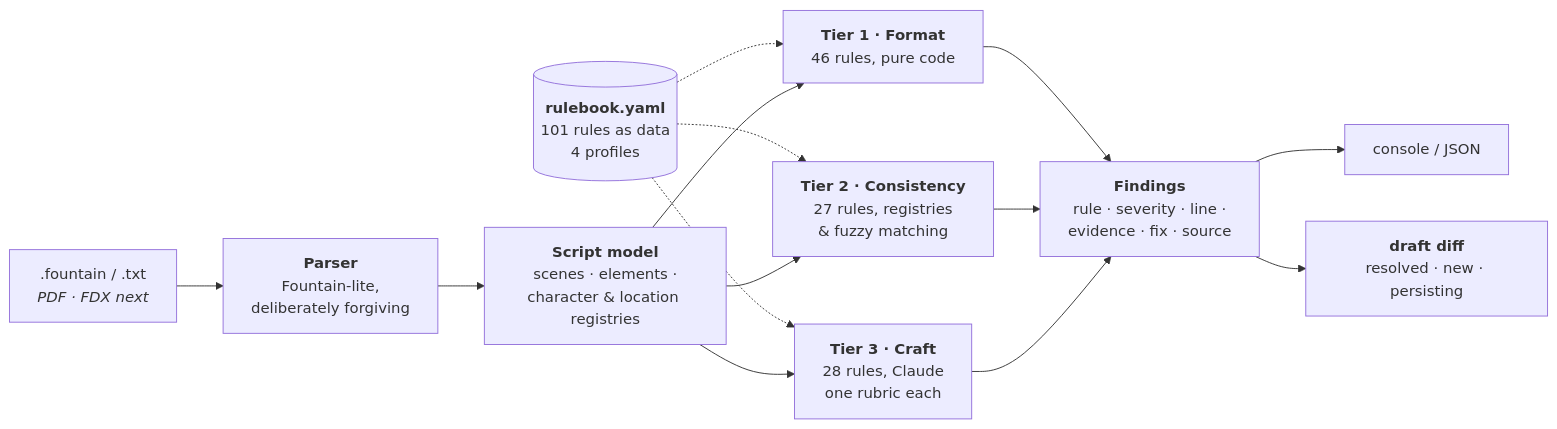
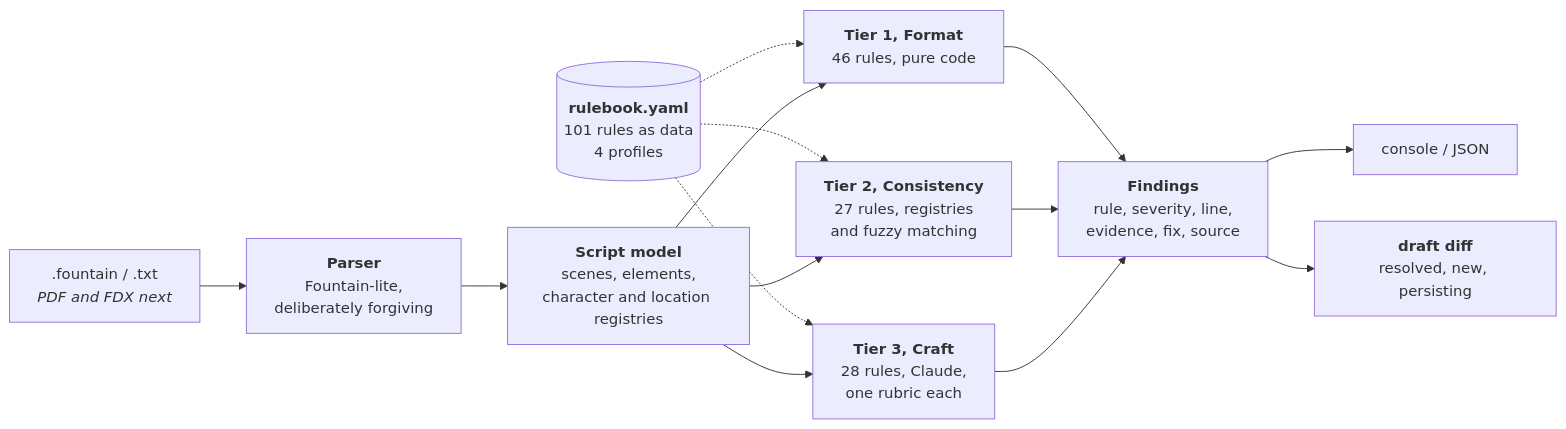
The diagram in README.md (abhilashbokka/sluglint), drawn with Mermaid before and after one commit. The commit also changed other lines of this file and 22 other files, not shown here.

````diff
--- a/README.md
+++ b/README.md
@@ -92,12 +94,12 @@
 ```mermaid
 flowchart LR
-    IN[".fountain / .txt<br/><i>PDF · FDX next</i>"] --> P["<b>Parser</b><br/>Fountain-lite,<br/>deliberately forgiving"]
-    P --> S["<b>Script model</b><br/>scenes · elements ·<br/>character &amp; location registries"]
+    IN[".fountain / .txt<br/><i>PDF and FDX next</i>"] --> P["<b>Parser</b><br/>Fountain-lite,<br/>deliberately forgiving"]
+    P --> S["<b>Script model</b><br/>scenes, elements,<br/>character and location registries"]
     RB[("<b>rulebook.yaml</b><br/>101 rules as data<br/>4 profiles")] -.-> T1 & T2 & T3
-    S --> T1["<b>Tier 1 · Format</b><br/>46 rules, pure code"]
-    S --> T2["<b>Tier 2 · Consistency</b><br/>27 rules, registries<br/>&amp; fuzzy matching"]
-    S --> T3["<b>Tier 3 · Craft</b><br/>28 rules, Claude<br/>one rubric each"]
-    T1 & T2 & T3 --> F["<b>Findings</b><br/>rule · severity · line ·<br/>evidence · fix · source"]
+    S --> T1["<b>Tier 1, Format</b><br/>46 rules, pure code"]
+    S --> T2["<b>Tier 2, Consistency</b><br/>27 rules, registries<br/>and fuzzy matching"]
+    S --> T3["<b>Tier 3, Craft</b><br/>28 rules, Claude,<br/>one rubric each"]
+    T1 & T2 & T3 --> F["<b>Findings</b><br/>rule, severity, line,<br/>evidence, fix, source"]
     F --> R1["console / JSON"]
-    F --> D["<b>draft diff</b><br/>resolved · new · persisting"]
+    F --> D["<b>draft diff</b><br/>resolved, new, persisting"]
 ```
````
